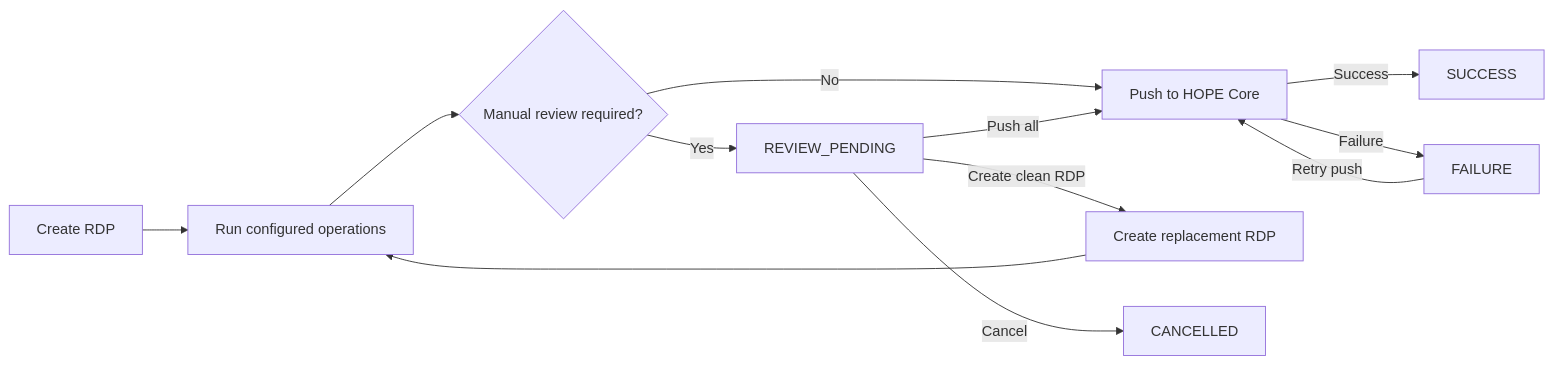
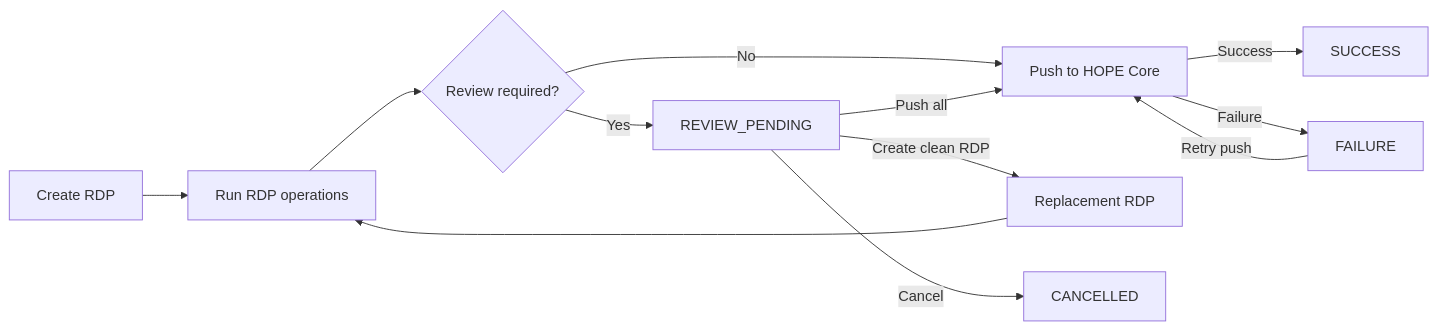
The diagram in docs/src/rdp/index.md (unicef/hope-country-workspace), drawn with Mermaid before and after one commit. The commit also changed other lines of this file and 21 other files, not shown here.

````diff
--- a/docs/src/rdp/index.md
+++ b/docs/src/rdp/index.md
@@ -9,14 +9,14 @@
 ```mermaid
 flowchart LR
-    A[Create RDP] --> B[Run configured operations]
-    B --> C{Manual review required?}
+    A[Create RDP] --> B[Run RDP operations]
+    B --> C{Review required?}
     C -->|No| D[Push to HOPE Core]
     C -->|Yes| E[REVIEW_PENDING]
     E -->|Push all| D
-    E -->|Create clean RDP| F[Create replacement RDP]
+    E -->|Create clean RDP| F[Replacement RDP]
     F --> B
     E -->|Cancel| G[CANCELLED]
     D -->|Success| H[SUCCESS]
     D -->|Failure| I[FAILURE]
     I -->|Retry push| D
 ```
````
